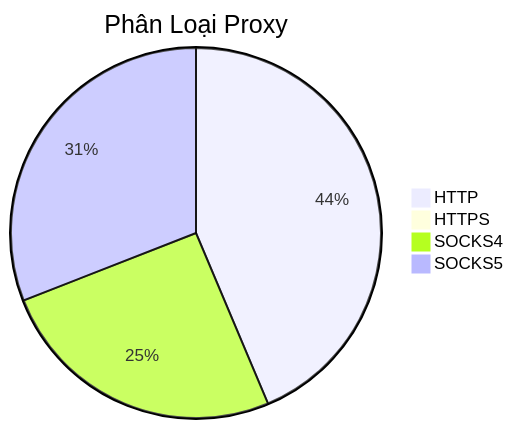
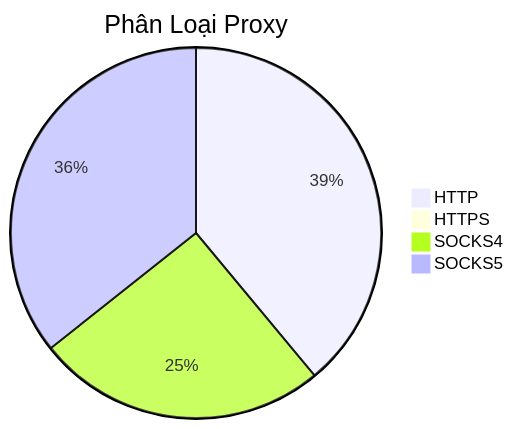
Before and after one commit to Ciara-12/PROXY-free: the diagram in README.md, drawn with Mermaid. The commit also changed other lines of this file and 3 other files, not shown here.

````diff
--- a/README.md
+++ b/README.md
@@ -26,7 +26,7 @@
 ```mermaid
 pie title Phân Loại Proxy
-    "HTTP" : 896
+    "HTTP" : 628
     "HTTPS" : 0
-    "SOCKS4" : 522
-    "SOCKS5" : 635
+    "SOCKS4" : 409
+    "SOCKS5" : 575
 ```
````
